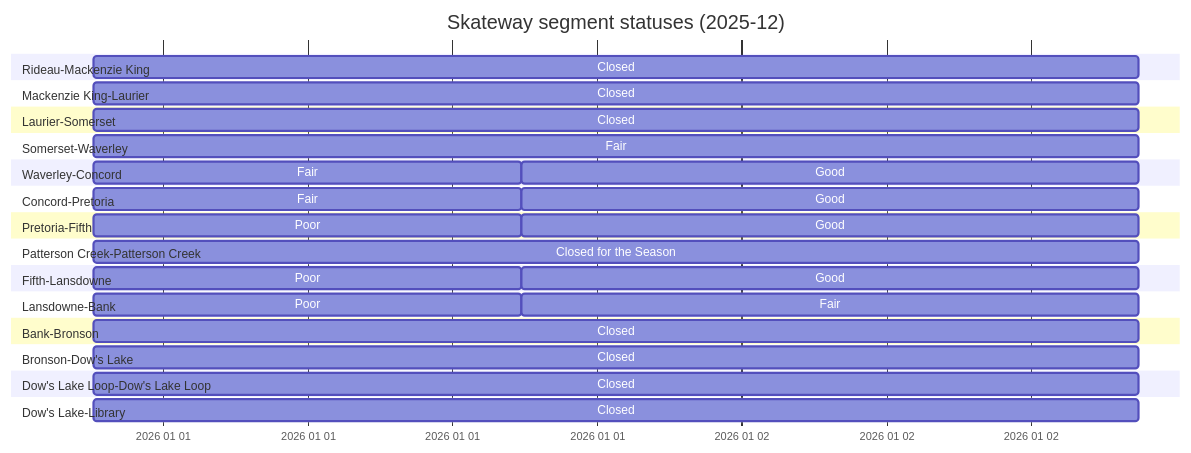
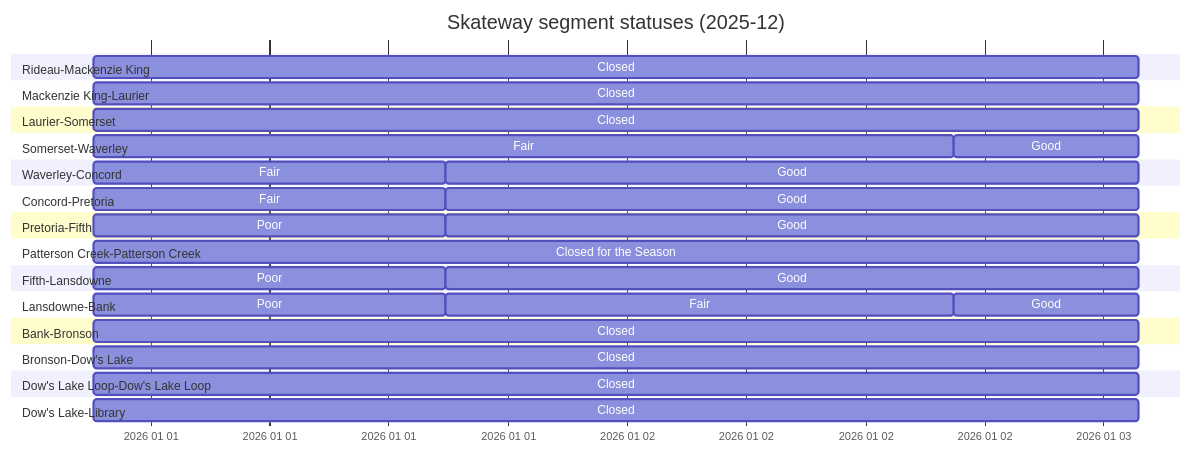
One commit to PatLittle/skateway_data changed the diagram in gantt.md. Above: the diagram before and after it, drawn with Mermaid. The commit also changed 2 other files, not shown here.

````diff
--- a/gantt.md
+++ b/gantt.md
@@ -2,49 +2,51 @@
 ```mermaid
 ---
 topAxis: true
 displayMode: compact
 config:
   themeCSS: " #vg { fill: Green } #g {fill: yellow} #f {fill: orange} #p {fill: red}      \n
 #c {fill: Black} #cs {fill: Black} #sc {fill: White} #wo {fill: saddlebrown} \n
             text[id^=cs] { fill: red; } text[id^=sc] { fill: red; }
         "
 ---
 
 gantt
   title Skateway segment statuses (2025-12)
   dateFormat  YYYY-MM-DD HH:mm:ss
   axisFormat  %Y %m %d
   section Rideau-Mackenzie King
-  Closed: c, 2025-12-31 21:07:33, 2026-01-02 16:28:09
+  Closed: c, 2025-12-31 21:07:33, 2026-01-03 01:45:41
   section Mackenzie King-Laurier
-  Closed: c, 2025-12-31 21:07:33, 2026-01-02 16:28:09
+  Closed: c, 2025-12-31 21:07:33, 2026-01-03 01:45:41
   section Laurier-Somerset
-  Closed: c, 2025-12-31 21:07:33, 2026-01-02 16:28:09
+  Closed: c, 2025-12-31 21:07:33, 2026-01-03 01:45:41
   section Somerset-Waverley
-  Fair: f, 2025-12-31 21:07:33, 2026-01-02 16:28:09
+  Fair: f, 2025-12-31 21:07:33, 2026-01-02 16:28:08
+  Good: g, 2026-01-02 16:28:08, 2026-01-03 01:45:41
   section Waverley-Concord
   Fair: f, 2025-12-31 21:07:33, 2026-01-01 14:52:27
-  Good: g, 2026-01-01 14:52:27, 2026-01-02 16:28:09
+  Good: g, 2026-01-01 14:52:27, 2026-01-03 01:45:41
   section Concord-Pretoria
   Fair: f, 2025-12-31 21:07:33, 2026-01-01 14:52:27
-  Good: g, 2026-01-01 14:52:27, 2026-01-02 16:28:09
+  Good: g, 2026-01-01 14:52:27, 2026-01-03 01:45:41
   section Pretoria-Fifth
   Poor: p, 2025-12-31 21:07:33, 2026-01-01 14:52:27
-  Good: g, 2026-01-01 14:52:27, 2026-01-02 16:28:09
+  Good: g, 2026-01-01 14:52:27, 2026-01-03 01:45:41
   section Patterson Creek-Patterson Creek
-  Closed for the Season: cs, 2025-12-31 21:07:33, 2026-01-02 16:28:09
+  Closed for the Season: cs, 2025-12-31 21:07:33, 2026-01-03 01:45:41
   section Fifth-Lansdowne
   Poor: p, 2025-12-31 21:07:33, 2026-01-01 14:52:27
-  Good: g, 2026-01-01 14:52:27, 2026-01-02 16:28:09
+  Good: g, 2026-01-01 14:52:27, 2026-01-03 01:45:41
   section Lansdowne-Bank
   Poor: p, 2025-12-31 21:07:33, 2026-01-01 14:52:27
-  Fair: f, 2026-01-01 14:52:27, 2026-01-02 16:28:09
+  Fair: f, 2026-01-01 14:52:27, 2026-01-02 16:28:08
+  Good: g, 2026-01-02 16:28:08, 2026-01-03 01:45:41
   section Bank-Bronson
-  Closed: c, 2025-12-31 21:07:33, 2026-01-02 16:28:09
+  Closed: c, 2025-12-31 21:07:33, 2026-01-03 01:45:41
   section Bronson-Dow's Lake
-  Closed: c, 2025-12-31 21:07:33, 2026-01-02 16:28:09
+  Closed: c, 2025-12-31 21:07:33, 2026-01-03 01:45:41
   section Dow's Lake Loop-Dow's Lake Loop
-  Closed: c, 2025-12-31 21:07:33, 2026-01-02 16:28:09
+  Closed: c, 2025-12-31 21:07:33, 2026-01-03 01:45:41
   section Dow's Lake-Library
-  Closed: c, 2025-12-31 21:07:33, 2026-01-02 16:28:09
+  Closed: c, 2025-12-31 21:07:33, 2026-01-03 01:45:41
 ```
````
